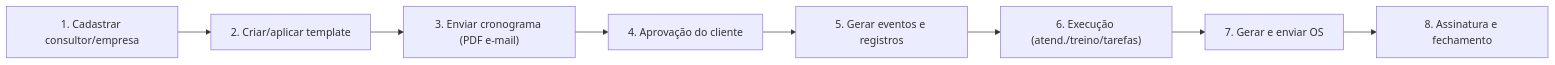
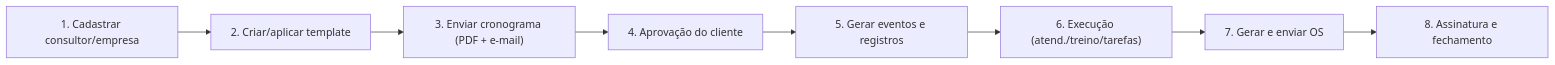
Before and after one commit to Pcamargoz/Agenda-Inteligente-Flow: the diagram in docs/GUIDA_OPERACIONAL.md, drawn with Mermaid. The commit also changed other lines of this file and 9 other files, not shown here.

````diff
--- a/docs/GUIDA_OPERACIONAL.md
+++ b/docs/GUIDA_OPERACIONAL.md
@@ -14,10 +10,10 @@
 ```mermaid
 flowchart LR
-	A["1. Cadastrar consultor/empresa"] --> B["2. Criar/aplicar template"]
-	B --> C["3. Enviar cronograma (PDF e-mail)"]
-	C --> D["4. Aprovação do cliente"]
-	D --> E["5. Gerar eventos e registros"]
-	E --> F["6. Execução (atend./treino/tarefas)"]
-	F --> G["7. Gerar e enviar OS"]
-	G --> H["8. Assinatura e fechamento"]
+  A["1. Cadastrar consultor/empresa"] --> B["2. Criar/aplicar template"]
+  B --> C["3. Enviar cronograma (PDF + e-mail)"]
+  C --> D["4. Aprovação do cliente"]
+  D --> E["5. Gerar eventos e registros"]
+  E --> F["6. Execução (atend./treino/tarefas)"]
+  F --> G["7. Gerar e enviar OS"]
+  G --> H["8. Assinatura e fechamento"]
 ```
````
